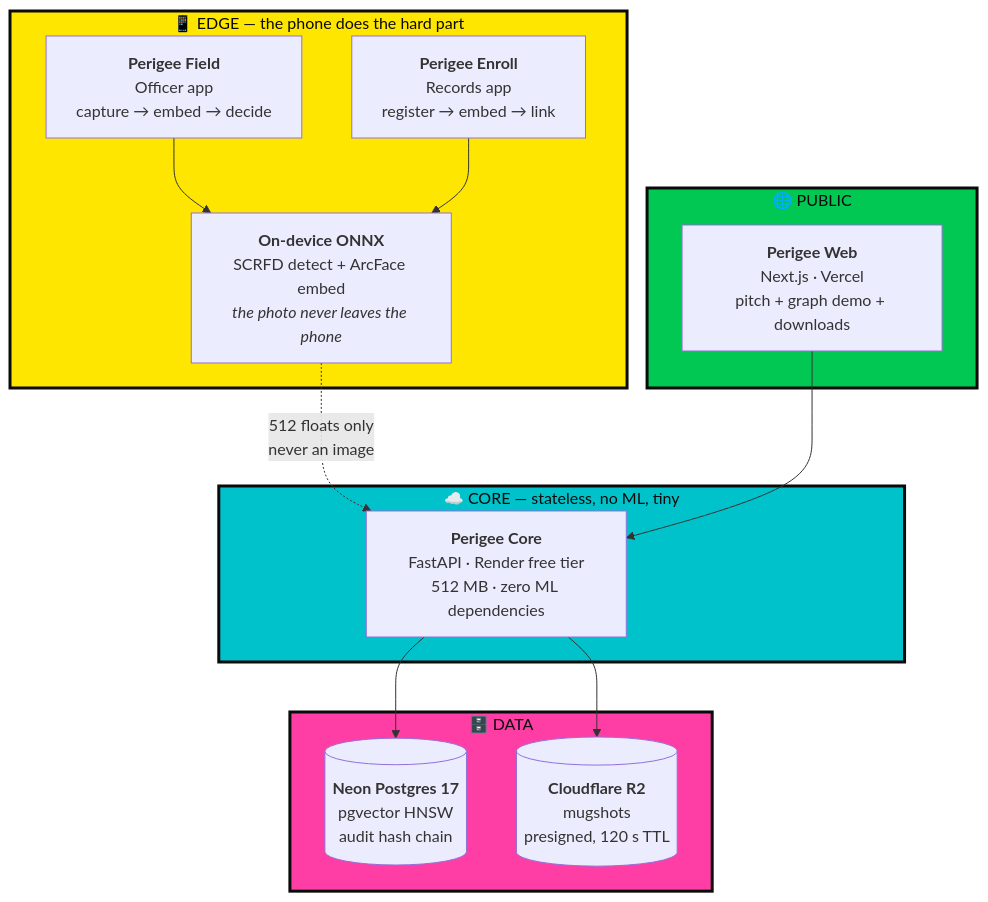
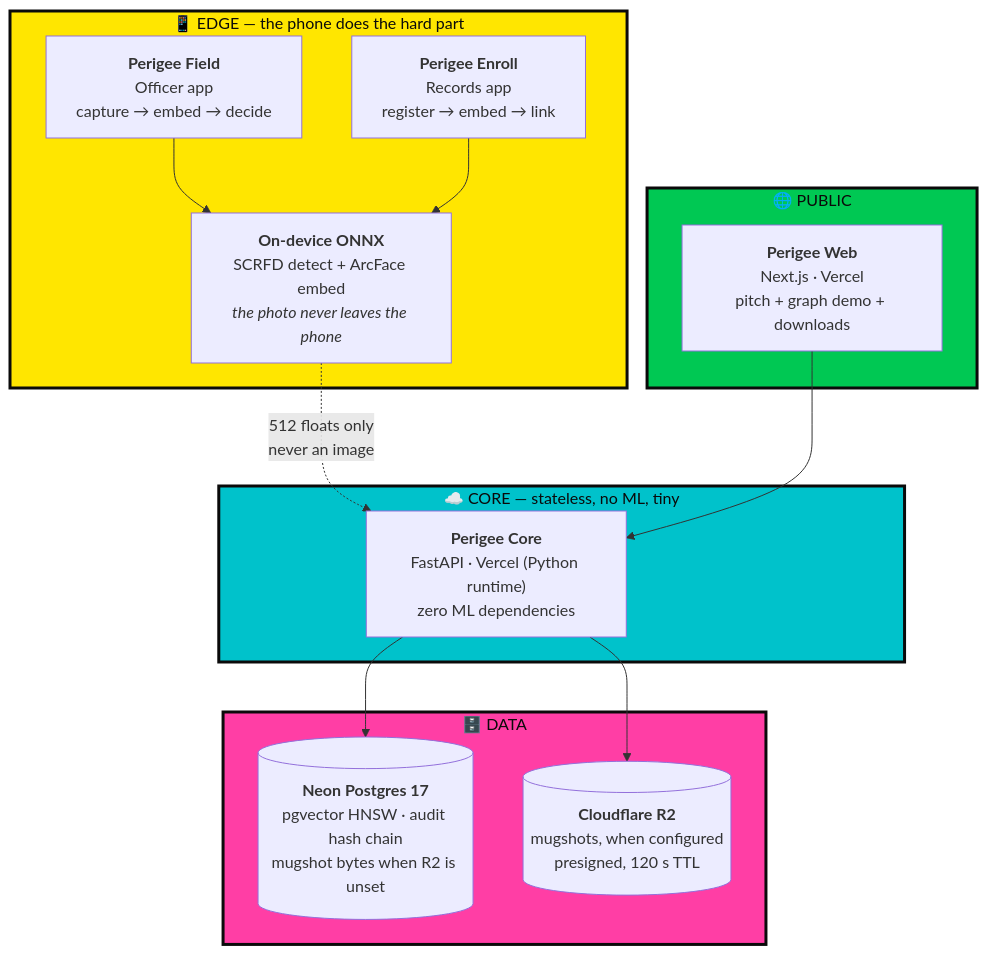
The diagram in README.md (SarmaHighOnCode/Perigee), drawn with Mermaid before and after one commit. The commit also changed other lines of this file and 2 other files, not shown here.

````diff
--- a/README.md
+++ b/README.md
@@ -62,33 +65,33 @@
 ```mermaid
 graph TB
     subgraph Edge["📱 EDGE — the phone does the hard part"]
         FIELD["<b>Perigee Field</b><br/>Officer app<br/>capture → embed → decide"]
         ENROLL["<b>Perigee Enroll</b><br/>Records app<br/>register → embed → link"]
         ONNX["<b>On-device ONNX</b><br/>SCRFD detect + ArcFace embed<br/><i>the photo never leaves the phone</i>"]
     end
 
     subgraph Core["☁️ CORE — stateless, no ML, tiny"]
-        API["<b>Perigee Core</b><br/>FastAPI · Render free tier<br/>512 MB · zero ML dependencies"]
+        API["<b>Perigee Core</b><br/>FastAPI · Vercel (Python runtime)<br/>zero ML dependencies"]
     end
 
     subgraph Data["🗄️ DATA"]
-        PG[("<b>Neon Postgres 17</b><br/>pgvector HNSW<br/>audit hash chain")]
-        R2[("<b>Cloudflare R2</b><br/>mugshots<br/>presigned, 120 s TTL")]
+        PG[("<b>Neon Postgres 17</b><br/>pgvector HNSW · audit hash chain<br/>mugshot bytes when R2 is unset")]
+        R2[("<b>Cloudflare R2</b><br/>mugshots, when configured<br/>presigned, 120 s TTL")]
     end
 
     subgraph Public["🌐 PUBLIC"]
         WEB["<b>Perigee Web</b><br/>Next.js · Vercel<br/>pitch + graph demo + downloads"]
     end
 
     FIELD --> ONNX
     ENROLL --> ONNX
     ONNX -.->|"512 floats only<br/>never an image"| API
     API --> PG
     API --> R2
     WEB --> API
 
     style Edge fill:#FFE600,stroke:#0A0A0A,stroke-width:3px,color:#0A0A0A
     style Core fill:#00C2CB,stroke:#0A0A0A,stroke-width:3px,color:#0A0A0A
     style Data fill:#FF3EA5,stroke:#0A0A0A,stroke-width:3px,color:#0A0A0A
     style Public fill:#00C853,stroke:#0A0A0A,stroke-width:3px,color:#0A0A0A
 ```
````
